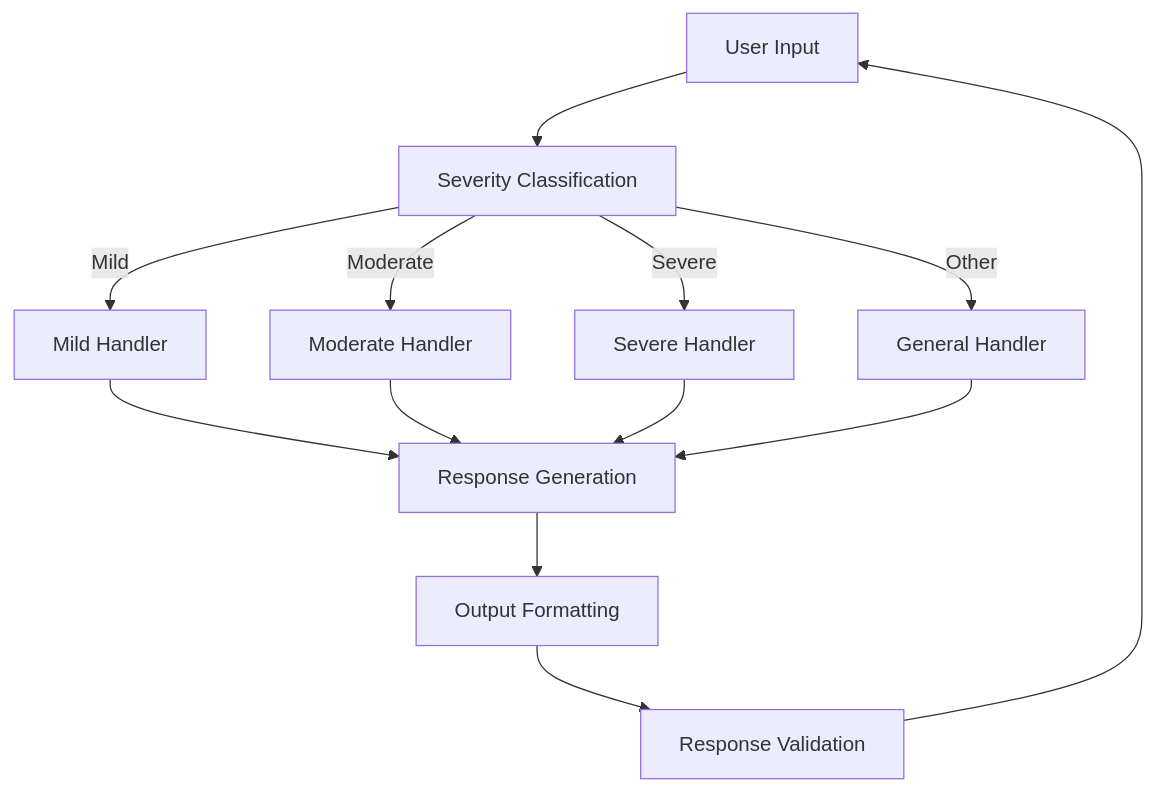
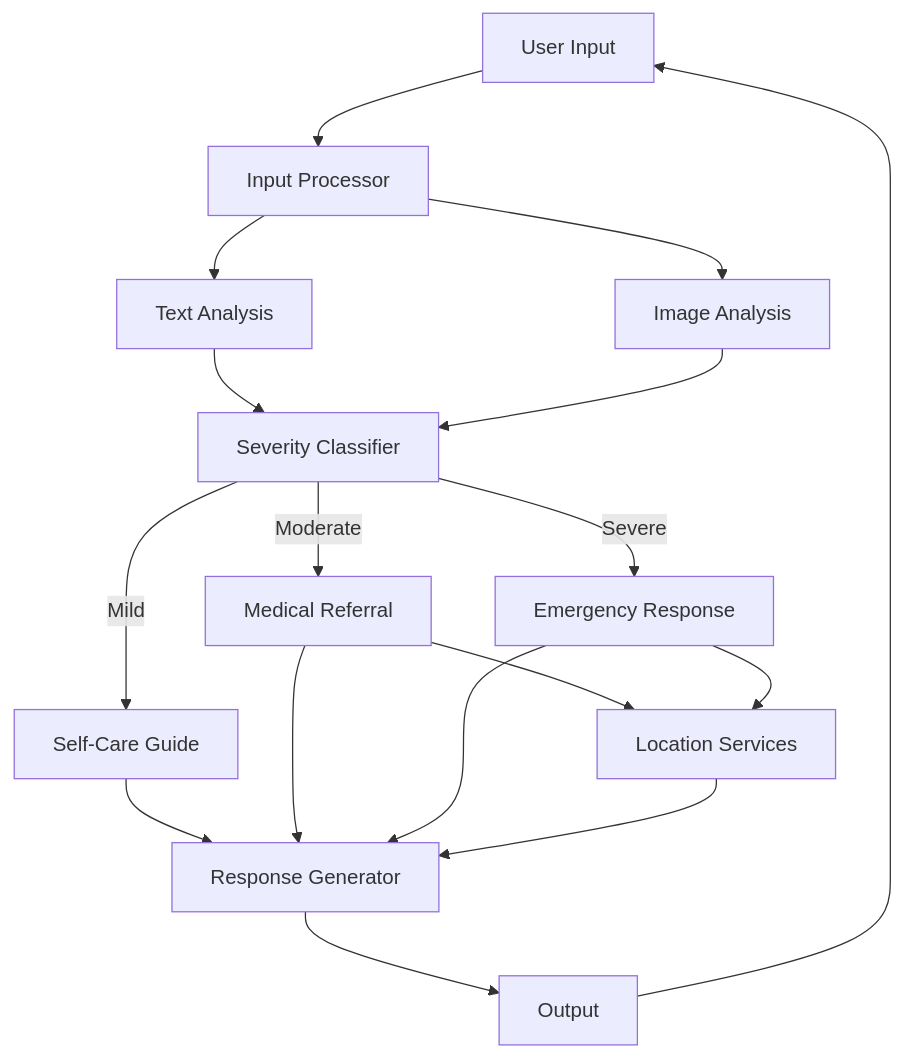
The first of 4 diagrams in README.md (mintyfrankie/gcpu-albertschool-heal-chatbot), drawn with Mermaid before and after one commit. The commit also changed other lines of this file, not shown here.

````diff
--- a/README.md
+++ b/README.md
@@ -49,12 +59,18 @@
 ```mermaid
 graph TD
-A[User Input] --> B[Severity Classification]
-B -->|Mild| C[Mild Handler]
-B -->|Moderate| D[Moderate Handler]
-B -->|Severe| E[Severe Handler]
-B -->|Other| F[General Handler]
-C & D & E & F --> G[Response Generation]
-G[Response Generation] --> H[Output Formatting]
-H --> I[Response Validation]
-I --> A[User Input]
+    A[User Input] --> B[Input Processor]
+    B --> C[Text Analysis]
+    B --> D[Image Analysis]
+    
+    C & D --> E[Severity Classifier]
+    
+    E -->|Mild| F[Self-Care Guide]
+    E -->|Moderate| G[Medical Referral]
+    E -->|Severe| H[Emergency Response]
+    
+    G & H --> I[Location Services]
+    F & G & H --> J[Response Generator]
+    I --> J
+    J --> K[Output]
+    K --> A
 ```
````
